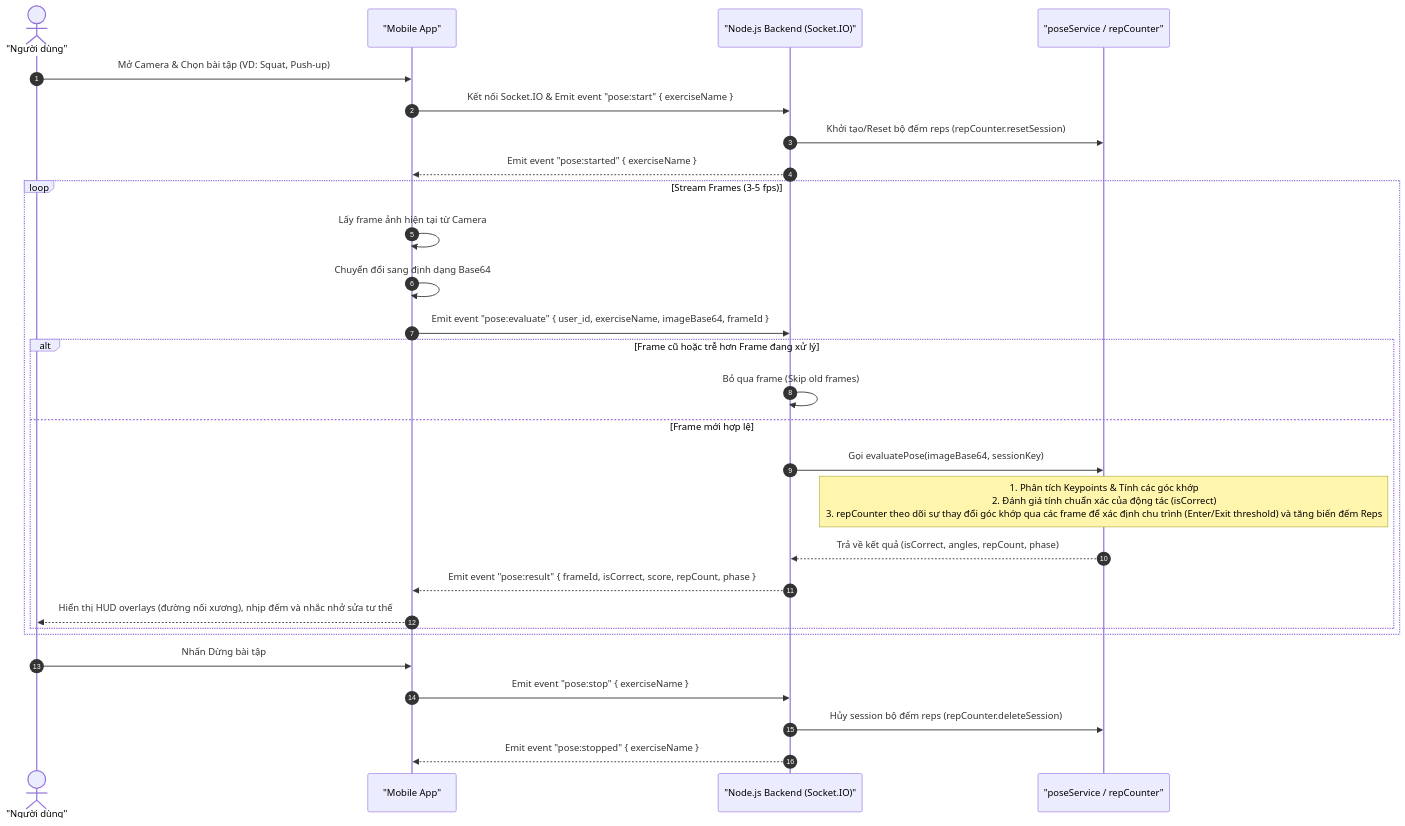
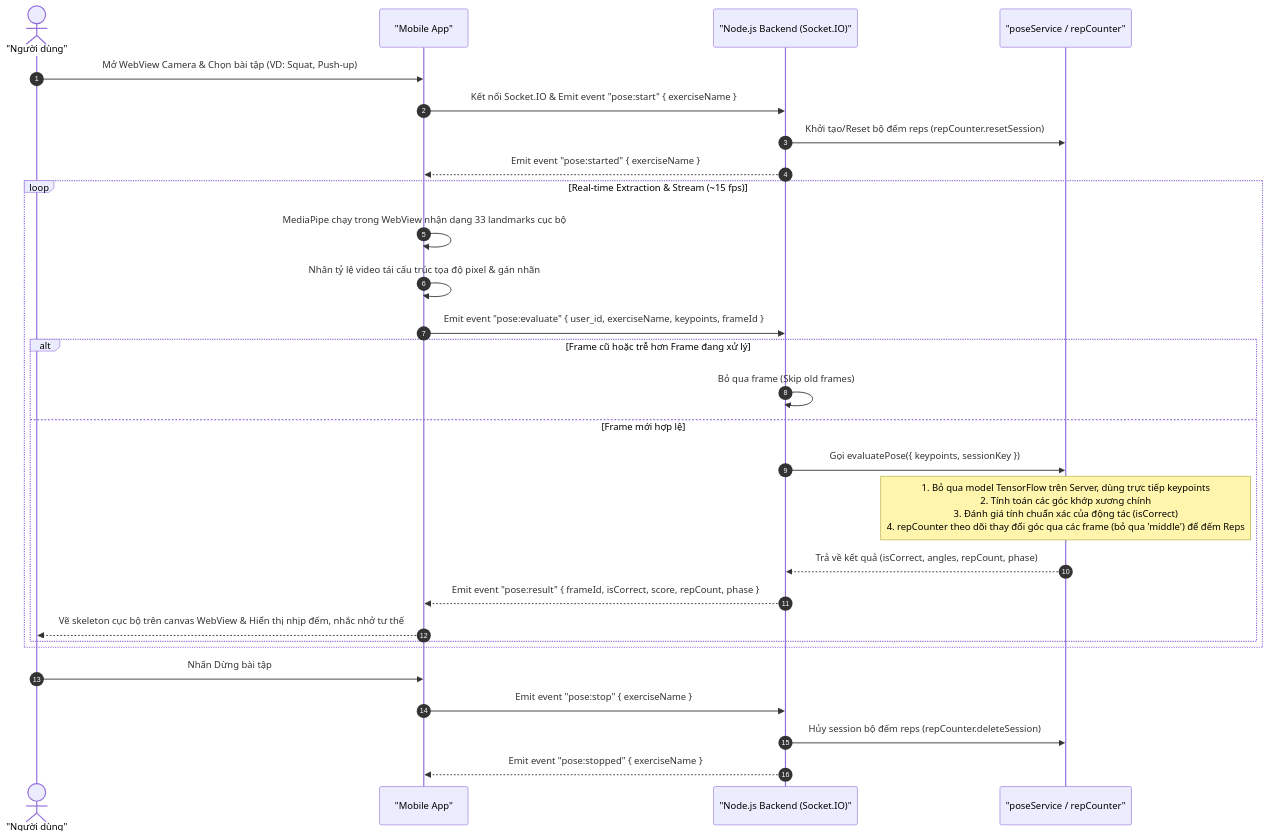
The third of 9 diagrams in docs/workflow.md (TranXuanDuc28/DoAnChuyenNganh2), drawn with Mermaid before and after one commit. The commit also changed 13 other files, not shown here.

Commit message:
feat: migrate real-time pose detection to client-side MediaPipe WebView and optimize rep counter

````diff
--- a/docs/workflow.md
+++ b/docs/workflow.md
@@ -91,34 +91,34 @@
 ```mermaid
 sequenceDiagram
     autonumber
     actor User as "Người dùng"
     participant App as "Mobile App"
     participant Backend as "Node.js Backend (Socket.IO)"
     participant Service as "poseService / repCounter"
 
-    User->>App: Mở Camera & Chọn bài tập (VD: Squat, Push-up)
+    User->>App: Mở WebView Camera & Chọn bài tập (VD: Squat, Push-up)
     App->>Backend: Kết nối Socket.IO & Emit event "pose:start" { exerciseName }
     Backend->>Service: Khởi tạo/Reset bộ đếm reps (repCounter.resetSession)
     Backend-->>App: Emit event "pose:started" { exerciseName }
     
-    loop Stream Frames (3-5 fps)
-        App->>App: Lấy frame ảnh hiện tại từ Camera
-        App->>App: Chuyển đổi sang định dạng Base64
-        App->>Backend: Emit event "pose:evaluate" { user_id, exerciseName, imageBase64, frameId }
+    loop Real-time Extraction & Stream (~15 fps)
+        App->>App: MediaPipe chạy trong WebView nhận dạng 33 landmarks cục bộ
+        App->>App: Nhân tỷ lệ video tái cấu trúc tọa độ pixel & gán nhãn
+        App->>Backend: Emit event "pose:evaluate" { user_id, exerciseName, keypoints, frameId }
         
         alt Frame cũ hoặc trễ hơn Frame đang xử lý
             Backend->>Backend: Bỏ qua frame (Skip old frames)
         else Frame mới hợp lệ
-            Backend->>Service: Gọi evaluatePose(imageBase64, sessionKey)
-            Note over Service: 1. Phân tích Keypoints & Tính các góc khớp<br/>2. Đánh giá tính chuẩn xác của động tác (isCorrect)<br/>3. repCounter theo dõi sự thay đổi góc khớp qua các frame để xác định chu trình (Enter/Exit threshold) và tăng biến đếm Reps
+            Backend->>Service: Gọi evaluatePose({ keypoints, sessionKey })
+            Note over Service: 1. Bỏ qua model TensorFlow trên Server, dùng trực tiếp keypoints<br/>2. Tính toán các góc khớp xương chính<br/>3. Đánh giá tính chuẩn xác của động tác (isCorrect)<br/>4. repCounter theo dõi thay đổi góc qua các frame (bỏ qua 'middle') để đếm Reps
             Service-->>Backend: Trả về kết quả (isCorrect, angles, repCount, phase)
             Backend-->>App: Emit event "pose:result" { frameId, isCorrect, score, repCount, phase }
-            App-->>User: Hiển thị HUD overlays (đường nối xương), nhịp đếm và nhắc nhở sửa tư thế
+            App-->>User: Vẽ skeleton cục bộ trên canvas WebView & Hiển thị nhịp đếm, nhắc nhở tư thế
         end
     end
 
     User->>App: Nhấn Dừng bài tập
     App->>Backend: Emit event "pose:stop" { exerciseName }
     Backend->>Service: Hủy session bộ đếm reps (repCounter.deleteSession)
     Backend-->>App: Emit event "pose:stopped" { exerciseName }
 ```
````
